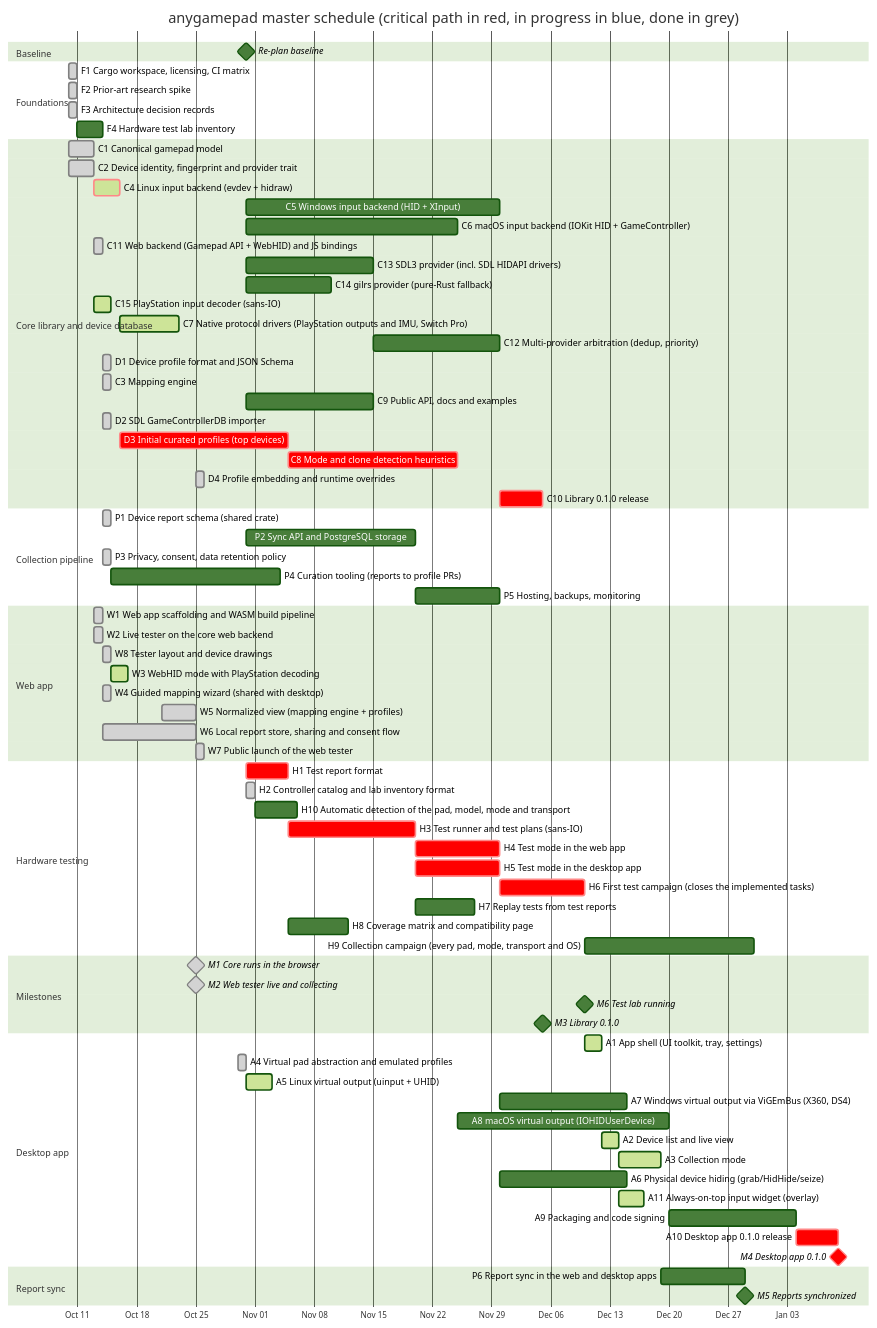
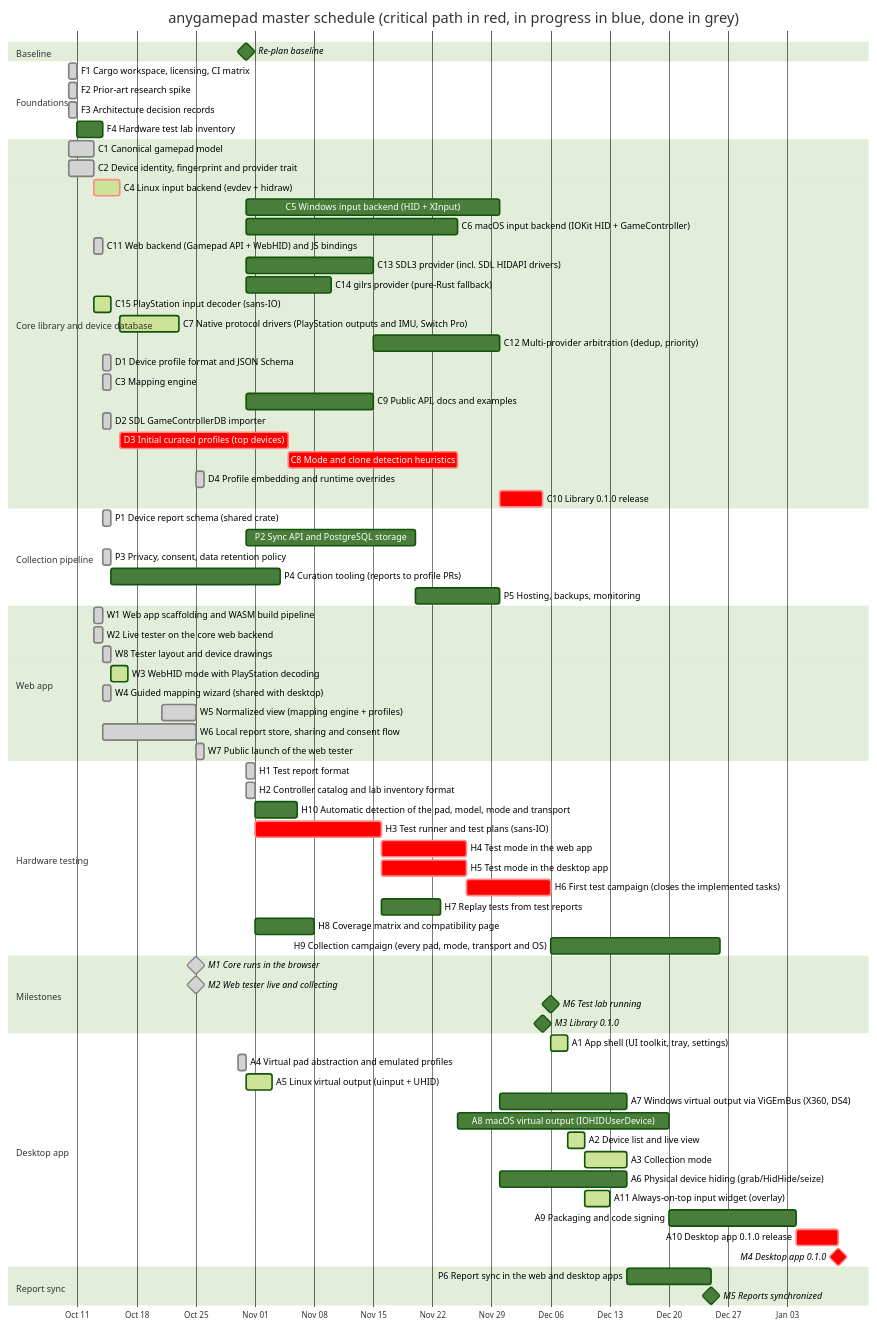
Before and after one commit to anygamepad/anygamepad.github.io: the second of 3 diagrams in ROADMAP/2026-10-31/README.md, drawn with Mermaid (forest theme). The commit also changed other lines of this file and 19 other files, not shown here.

First line of the commit message:
H1: test report format

````diff
--- a/ROADMAP/2026-10-31/README.md
+++ b/ROADMAP/2026-10-31/README.md
@@ -181,80 +184,80 @@
 ```mermaid
 gantt
     dateFormat YYYY-MM-DD
     axisFormat %b %d
     title anygamepad master schedule (critical path in red, in progress in blue, done in grey)
     section Baseline
     Re-plan baseline :milestone, t0, 2026-10-31, 0d
     section Foundations
     F1 Cargo workspace, licensing, CI matrix :done, f1, 2026-10-10, 1d
     F2 Prior-art research spike :done, f2, 2026-10-10, 1d
     F3 Architecture decision records :done, f3, 2026-10-10, 1d
     F4 Hardware test lab inventory :f4, after f2 h2, 3d
     section Core library and device database
     C1 Canonical gamepad model :done, c1, 2026-10-10, 3d
     C2 Device identity, fingerprint and provider trait :done, c2, 2026-10-10, 3d
     C4 Linux input backend (evdev + hidraw) :crit, active, c4, after c1 c2 h6, 3d
     C5 Windows input backend (HID + XInput) :c5, after c1 c2 t0, 30d
     C6 macOS input backend (IOKit HID + GameController) :c6, after c1 c2 t0, 25d
     C11 Web backend (Gamepad API + WebHID) and JS bindings :done, c11, 2026-10-13, 1d
     C13 SDL3 provider (incl. SDL HIDAPI drivers) :c13, after c1 c2 t0, 15d
     C14 gilrs provider (pure-Rust fallback) :c14, after c1 c2 t0, 10d
     C15 PlayStation input decoder (sans-IO) :active, c15, after c1 c2 h6, 2d
     C7 Native protocol drivers (PlayStation outputs and IMU, Switch Pro) :active, c7, after c4 c15, 7d
     C12 Multi-provider arbitration (dedup, priority) :c12, after c4 c13, 15d
     D1 Device profile format and JSON Schema :done, d1, 2026-10-14, 1d
     C3 Mapping engine :done, c3, 2026-10-14, 1d
     C9 Public API, docs and examples :c9, after c3 t0, 15d
     D2 SDL GameControllerDB importer :done, d2, 2026-10-14, 1d
     D3 Initial curated profiles (top devices) :crit, d3, after d1 c4 f4 h6, 20d
     C8 Mode and clone detection heuristics :crit, c8, after c3 c4 d3 h9, 20d
     D4 Profile embedding and runtime overrides :done, d4, 2026-10-25, 1d
     C10 Library 0.1.0 release :crit, c10, after c5 c6 c7 c8 c9 c11 c12 c14 d4, 5d
     section Collection pipeline
     P1 Device report schema (shared crate) :done, p1, 2026-10-14, 1d
     P2 Sync API and PostgreSQL storage :p2, after p1 t0, 20d
     P3 Privacy, consent, data retention policy :done, p3, 2026-10-14, 1d
     P4 Curation tooling (reports to profile PRs) :p4, after p1 d1 h1, 20d
     P5 Hosting, backups, monitoring :p5, after p2, 10d
     section Web app
     W1 Web app scaffolding and WASM build pipeline :done, w1, 2026-10-13, 1d
     W2 Live tester on the core web backend :done, w2, 2026-10-13, 1d
     W8 Tester layout and device drawings :done, w8, 2026-10-14, 1d
     W3 WebHID mode with PlayStation decoding :active, w3, after w2 c15 w8 h6, 2d
     W4 Guided mapping wizard (shared with desktop) :done, w4, 2026-10-14, 1d
     W5 Normalized view (mapping engine + profiles) :done, w5, 2026-10-21, 4d
     W6 Local report store, sharing and consent flow :done, w6, 2026-10-14, 11d
     W7 Public launch of the web tester :done, w7, 2026-10-25, 1d
     section Hardware testing
-    H1 Test report format :crit, h1, after p1 t0, 5d
+    H1 Test report format :done, h1, 2026-10-31, 1d
     H2 Controller catalog and lab inventory format :done, h2, 2026-10-31, 1d
     H10 Automatic detection of the pad, model, mode and transport :h10, after h2, 5d
     H3 Test runner and test plans (sans-IO) :crit, h3, after h1 h2 c3 w4, 15d
     H4 Test mode in the web app :crit, h4, after h3 h10, 10d
     H5 Test mode in the desktop app :crit, h5, after h3 h10, 10d
     H6 First test campaign (closes the implemented tasks) :crit, h6, after h4 h5 f4, 10d
     H7 Replay tests from test reports :h7, after h3, 7d
     H8 Coverage matrix and compatibility page :h8, after h1 f4, 7d
     H9 Collection campaign (every pad, mode, transport and OS) :h9, after h6, 20d
     section Milestones
     M1 Core runs in the browser :milestone, done, m1, 2026-10-25, 0d
     M2 Web tester live and collecting :milestone, done, m2, 2026-10-25, 0d
     M6 Test lab running :milestone, m6, after h6, 0d
     M3 Library 0.1.0 :milestone, m3, after c10, 0d
     section Desktop app
     A1 App shell (UI toolkit, tray, settings) :active, a1, after f3 m2 h6, 2d
     A4 Virtual pad abstraction and emulated profiles :done, a4, 2026-10-30, 1d
     A5 Linux virtual output (uinput + UHID) :active, a5, after a4 c4, 3d
     A7 Windows virtual output via ViGEmBus (X360, DS4) :a7, after a4 c5, 15d
     A8 macOS virtual output (IOHIDUserDevice) :a8, after a4 c6, 25d
     A2 Device list and live view :active, a2, after a1 c4, 2d
     A3 Collection mode :active, a3, after a2 w4 p1 p3, 5d
     A6 Physical device hiding (grab/HidHide/seize) :a6, after a5 c5 c6, 15d
     A11 Always-on-top input widget (overlay) :active, a11, after a2, 3d
     A9 Packaging and code signing :a9, after a3 a6 a7 a8 a11, 15d
     A10 Desktop app 0.1.0 release :crit, a10, after a9 c10, 5d
     M4 Desktop app 0.1.0 :milestone, crit, m4, after a10, 0d
     section Report sync
     P6 Report sync in the web and desktop apps :p6, after p2 w6 a3, 10d
     M5 Reports synchronized :milestone, m5, after p5 p6, 0d
 ```
````
